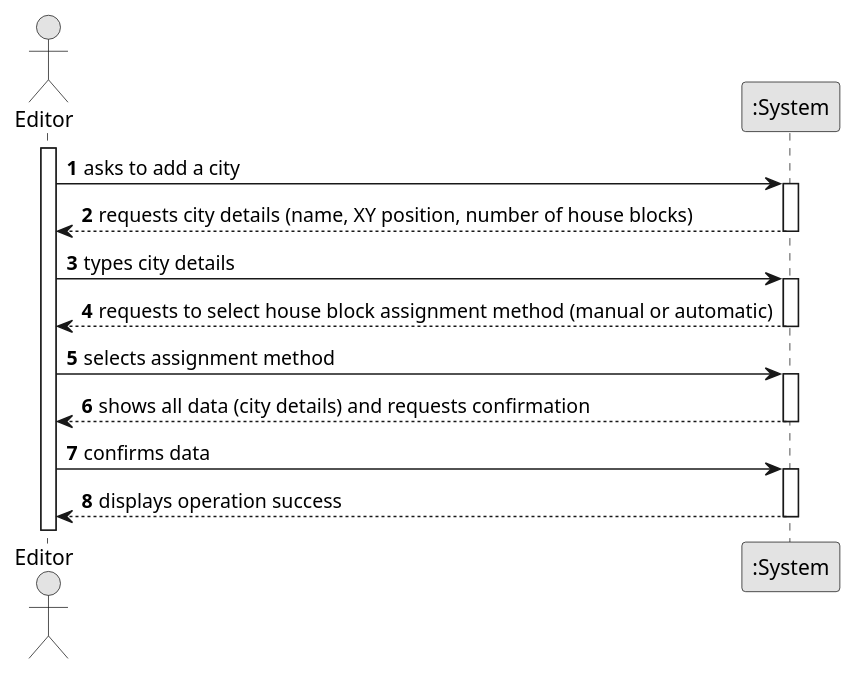
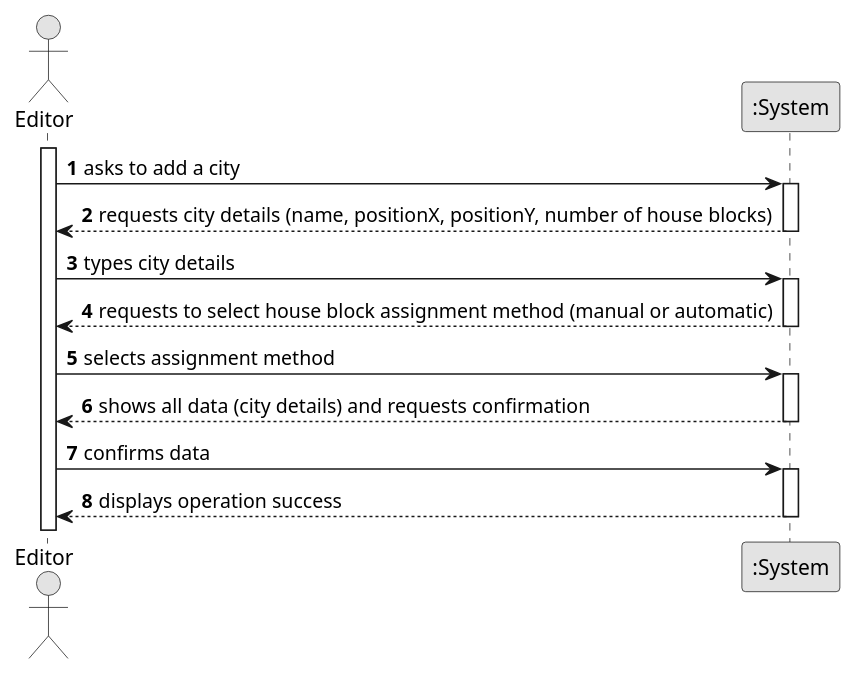
Before and after one commit to 1240826/empire-on-tracks: the diagram in docs/system-documentation/US003/01.requirements-engineering/puml/US003-SSD.puml, drawn with PlantUML. The commit also changed 3 other files, not shown here.

```diff
--- a/docs/system-documentation/US003/01.requirements-engineering/puml/US003-SSD.puml
+++ b/docs/system-documentation/US003/01.requirements-engineering/puml/US003-SSD.puml
@@ -1,43 +1,43 @@
 @startuml
 skinparam monochrome true
 skinparam packageStyle rectangle
 skinparam shadowing false
 
 autonumber
 
 actor "Editor" as Editor
 participant ":System" as System
 
 activate Editor
 
     Editor -> System : asks to add a city
     activate System
 
-        System --> Editor : requests city details (name, XY position, number of house blocks)
+        System --> Editor : requests city details (name, positionX, positionY, number of house blocks)
     deactivate System
 
     Editor -> System : types city details
     activate System
 
      System --> Editor : requests to select house block assignment method (manual or automatic)
         deactivate System
 
         Editor -> System : selects assignment method
         activate System
 
         System --> Editor : shows all data (city details) and requests confirmation
             deactivate System
 
         Editor -> System : confirms data
         activate System
 
         System --> Editor : displays operation success
         deactivate System
 
 
 
 
 
 
 
 @enduml
```
